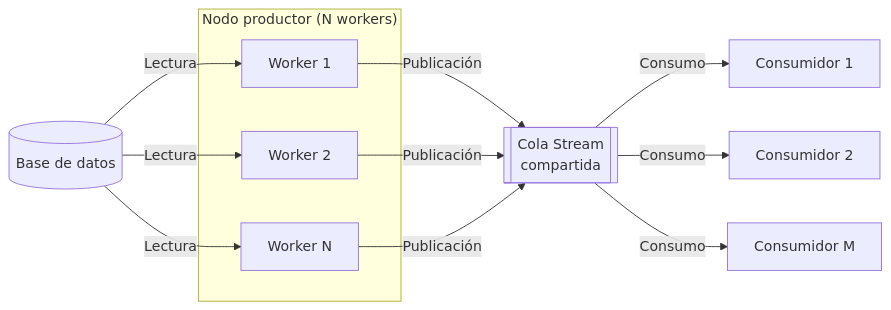
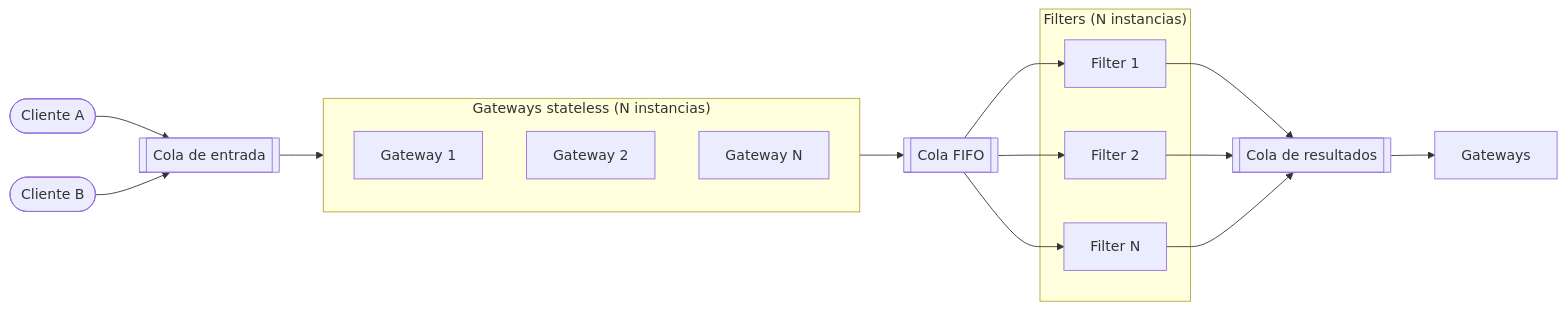
One commit to Cristobal710/tp-final-distribuidos changed the third of 4 diagrams in README.md. Above: the diagram before and after it, drawn with Mermaid. The commit also changed other lines of this file and 1 other file, not shown here.

````diff
--- a/README.md
+++ b/README.md
@@ -104,23 +124,31 @@
 ```mermaid
 flowchart LR
-    DB[("Base de datos")]
+    C1(["Cliente A"]) --> QIN
+    C2(["Cliente B"]) --> QIN
+    QIN[["Cola de entrada<br/>"]] --> GWS_IN
 
-    subgraph NODO["Nodo productor (N workers)"]
-        W1["Worker 1"]
-        W2["Worker 2"]
-        WN["Worker N"]
+    subgraph GWS_IN["Gateways stateless (N instancias)"]
+        G1["Gateway 1"]
+        G2["Gateway 2"]
+        GN["Gateway N"]
     end
 
-    DB -->|Lectura| W1
-    DB -->|Lectura| W2
-    DB -->|Lectura| WN
+    GWS_IN --> QF[["Cola FIFO<br/>"]]
 
-    W1 -->|Publicación| STREAM
-    W2 -->|Publicación| STREAM
-    WN -->|Publicación| STREAM
-    STREAM[["Cola Stream<br/>compartida"]]
+    subgraph FILTERS["Filters (N instancias)"]
+        F1["Filter 1"]
+        F2["Filter 2"]
+        FN["Filter N"]
+    end
 
-    STREAM -->|Consumo| C1["Consumidor 1"]
-    STREAM -->|Consumo| C2["Consumidor 2"]
-    STREAM -->|Consumo| CM["Consumidor M"]
+    QF --> F1
+    QF --> F2
+    QF --> FN
+
+    F1 --> QR
+    F2 --> QR
+    FN --> QR
+
+    QR[["Cola de resultados<br/>"]] --> Gateways
+
 ```
````
